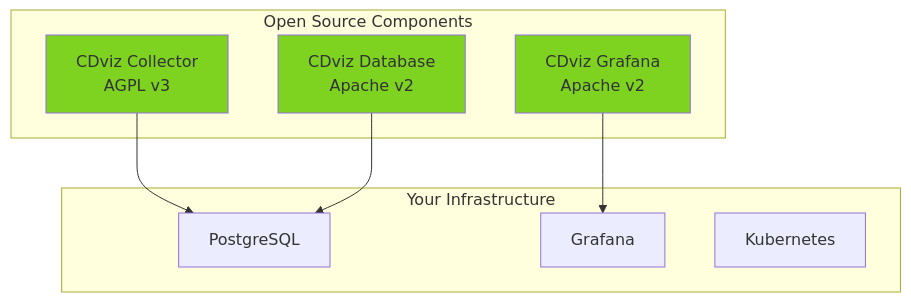
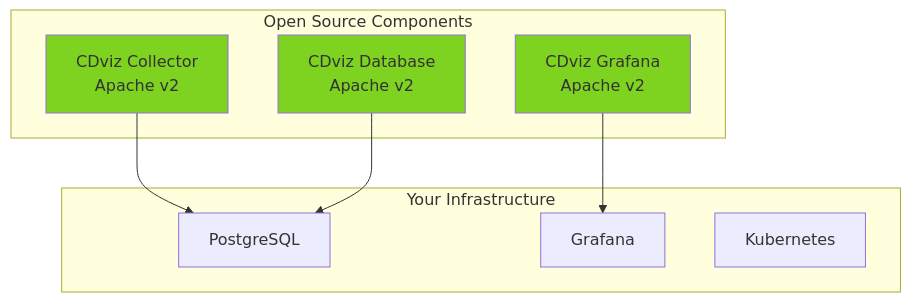
Before and after one commit to cdviz-dev/cdviz: the fourth of 5 diagrams in cdviz-site/blog-wip/src/blog-post-visual-heavy.md, drawn with Mermaid. The commit also changed other lines of this file and 13 other files, not shown here.

````diff
--- a/cdviz-site/blog-wip/src/blog-post-visual-heavy.md
+++ b/cdviz-site/blog-wip/src/blog-post-visual-heavy.md
@@ -185,22 +190,22 @@
 ```mermaid
 graph TB
     subgraph "Open Source Components"
-        A[CDviz Collector<br/>AGPL v3]
-        B[CDviz Database<br/>Apache v2]  
+        A[CDviz Collector<br/>Apache v2]
+        B[CDviz Database<br/>Apache v2]
         C[CDviz Grafana<br/>Apache v2]
     end
-    
+
     subgraph "Your Infrastructure"
         D[PostgreSQL]
         E[Grafana]
         F[Kubernetes]
     end
-    
+
     A --> D
     B --> D
     C --> E
-    
+
     style A fill:#7ed321
-    style B fill:#7ed321  
+    style B fill:#7ed321
     style C fill:#7ed321
 ```
````
